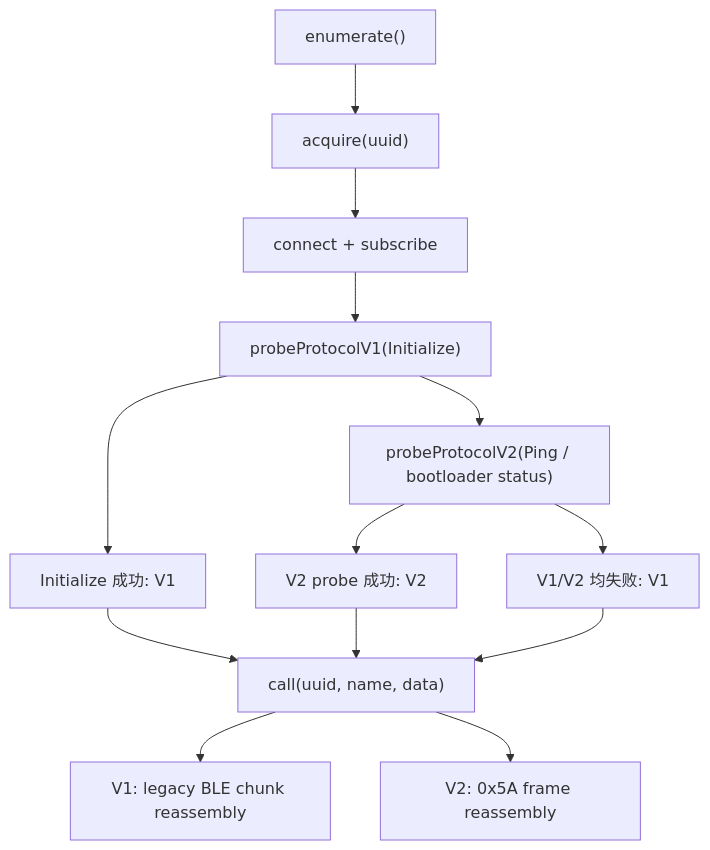
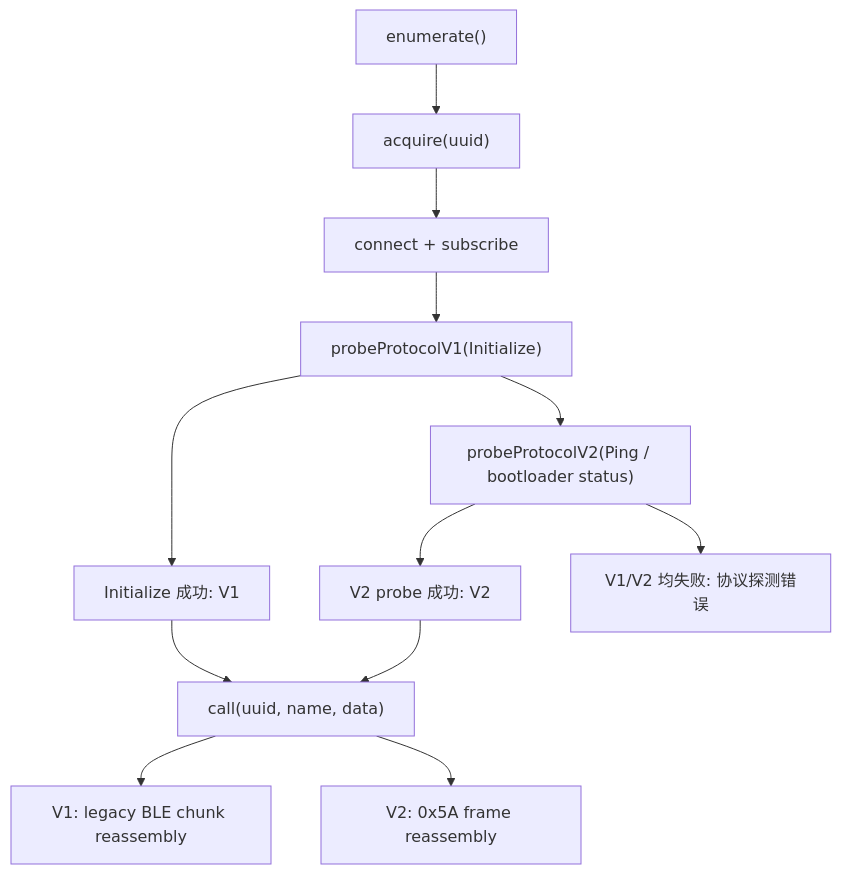
One commit to OneKeyHQ/hardware-js-sdk changed the second of 5 diagrams in docs/protocol/transport.md. Above: the diagram before and after it, drawn with Mermaid. The commit also changed other lines of this file and 4 other files, not shown here.

````diff
--- a/docs/protocol/transport.md
+++ b/docs/protocol/transport.md
@@ -56,22 +56,22 @@
 ```mermaid
 flowchart TD
   Enumerate["enumerate()"]
   Acquire["acquire(uuid)"]
   Connect["connect + subscribe"]
   ProbeV1["probeProtocolV1(Initialize)"]
   V1["Initialize 成功: V1"]
   ProbeV2["probeProtocolV2(Ping / bootloader status)"]
   V2["V2 probe 成功: V2"]
-  FallbackV1["V1/V2 均失败: V1"]
+  DetectionError["V1/V2 均失败: 协议探测错误"]
   Call["call(uuid, name, data)"]
   CallV1["V1: legacy BLE chunk reassembly"]
   CallV2["V2: 0x5A frame reassembly"]
 
   Enumerate --> Acquire --> Connect --> ProbeV1
   ProbeV1 --> V1 --> Call
   ProbeV1 --> ProbeV2
   ProbeV2 --> V2 --> Call
-  ProbeV2 --> FallbackV1 --> Call
+  ProbeV2 --> DetectionError
   Call --> CallV1
   Call --> CallV2
 ```
````
